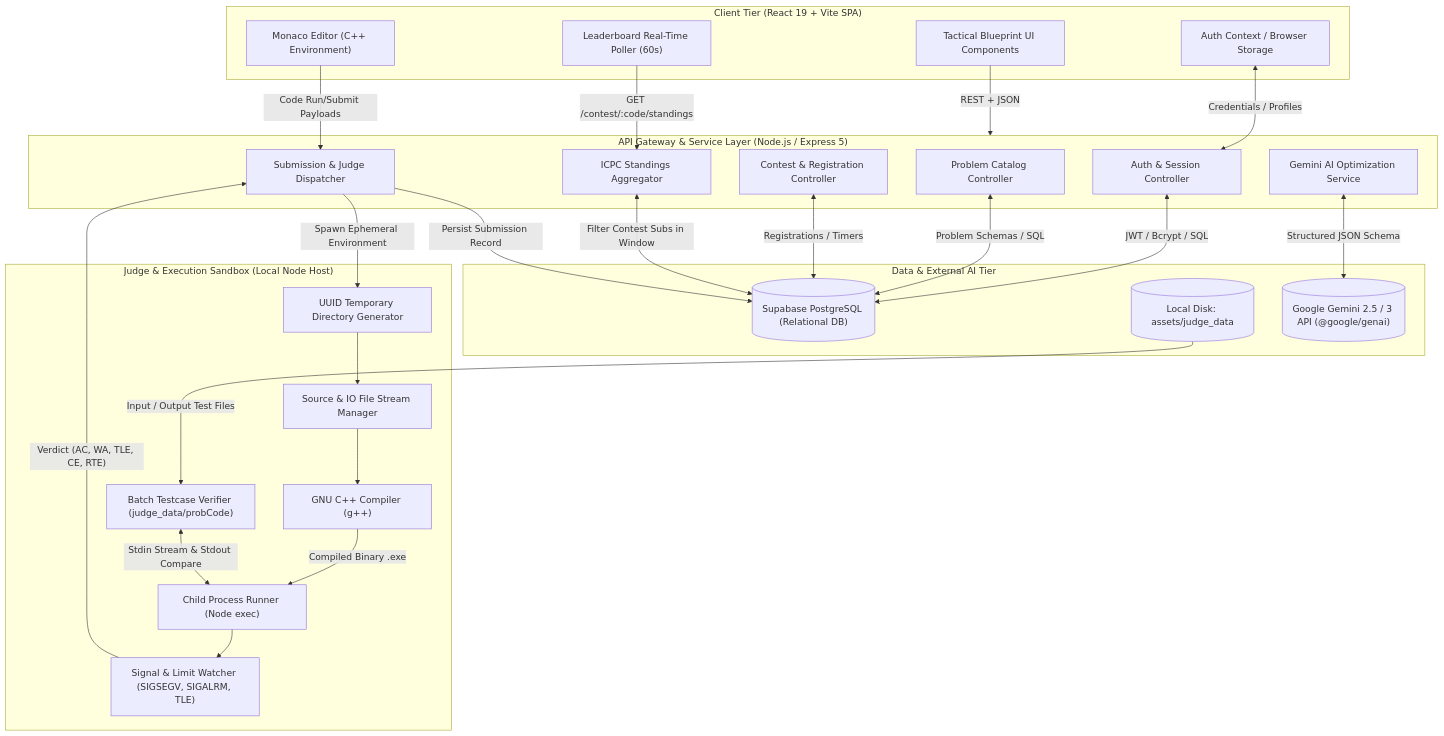
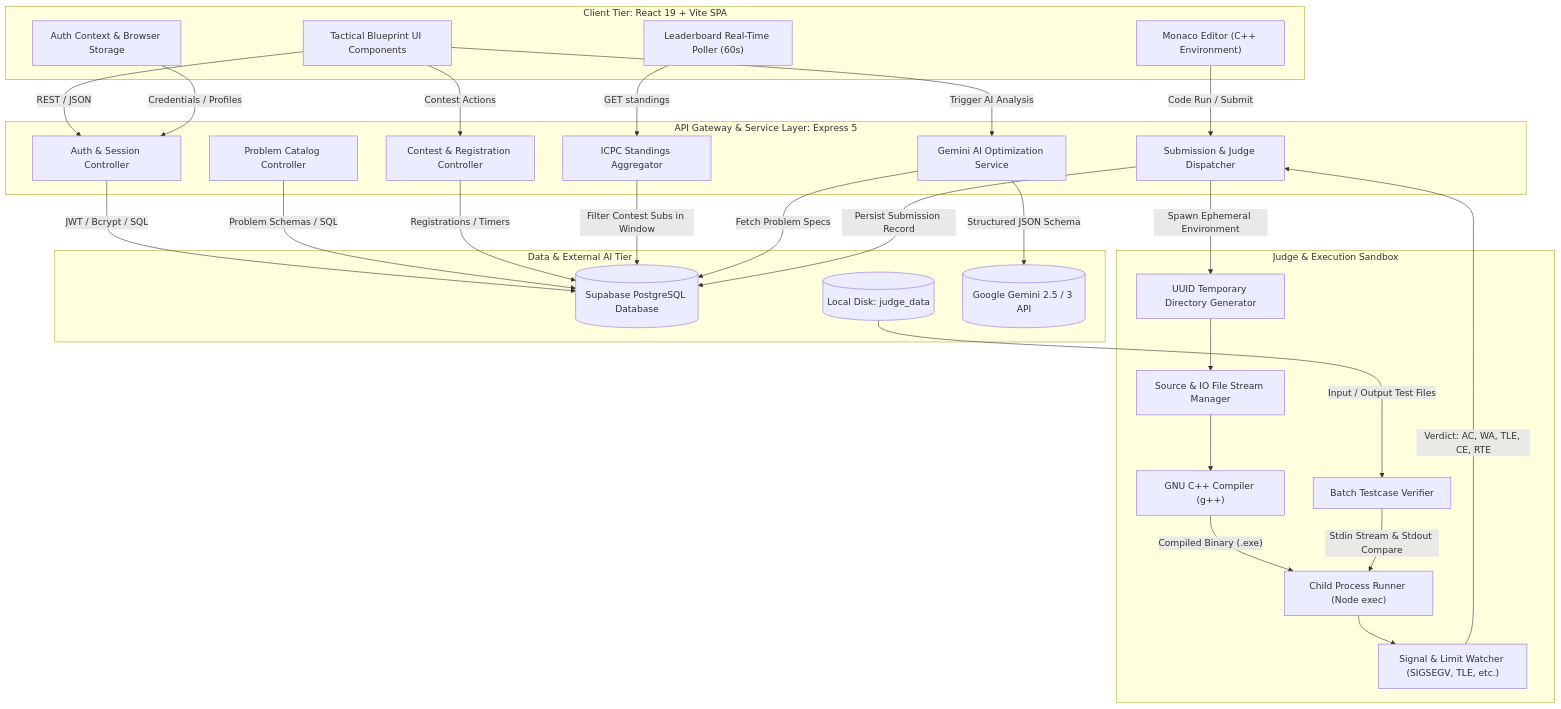
The first of 5 diagrams in docs/SYSTEM_ARCHITECTURE_DETAILED.md (Master-Bruce-Wayne/Code-It-Up), drawn with Mermaid before and after one commit. The commit also changed other lines of this file and 2 other files, not shown here.

Commit message:
fix(docs): resolve Mermaid diagram preview rendering errors across all documentation

````diff
--- a/docs/SYSTEM_ARCHITECTURE_DETAILED.md
+++ b/docs/SYSTEM_ARCHITECTURE_DETAILED.md
@@ -41,57 +41,60 @@
 ```mermaid
-graph TB
-    subgraph ClientTier["Client Tier (React 19 + Vite SPA)"]
+flowchart TD
+    subgraph ClientTier["Client Tier: React 19 + Vite SPA"]
         UI["Tactical Blueprint UI Components"]
         Monaco["Monaco Editor (C++ Environment)"]
-        ClientState["Auth Context / Browser Storage"]
+        ClientState["Auth Context & Browser Storage"]
         Poller["Leaderboard Real-Time Poller (60s)"]
     end
 
-    subgraph GatewayTier["API Gateway & Service Layer (Node.js / Express 5)"]
+    subgraph GatewayTier["API Gateway & Service Layer: Express 5"]
         AuthSvc["Auth & Session Controller"]
         ProbSvc["Problem Catalog Controller"]
         ContestSvc["Contest & Registration Controller"]
         SubSvc["Submission & Judge Dispatcher"]
         StandingsSvc["ICPC Standings Aggregator"]
         AiSvc["Gemini AI Optimization Service"]
     end
 
-    subgraph SandboxTier["Judge & Execution Sandbox (Local Node Host)"]
+    subgraph SandboxTier["Judge & Execution Sandbox"]
         UUIDGen["UUID Temporary Directory Generator"]
         FSManager["Source & IO File Stream Manager"]
         Compiler["GNU C++ Compiler (g++)"]
         ChildProcess["Child Process Runner (Node exec)"]
-        SignalMonitor["Signal & Limit Watcher (SIGSEGV, SIGALRM, TLE)"]
-        TestVerifier["Batch Testcase Verifier (judge_data/probCode)"]
+        SignalMonitor["Signal & Limit Watcher (SIGSEGV, TLE, etc.)"]
+        TestVerifier["Batch Testcase Verifier"]
     end
 
     subgraph DataTier["Data & External AI Tier"]
-        SupabaseDB[("Supabase PostgreSQL (Relational DB)")]
-        DiskStorage[("Local Disk: assets/judge_data")]
-        GeminiAPI[("Google Gemini 2.5 / 3 API (@google/genai)")]
+        SupabaseDB[("Supabase PostgreSQL Database")]
+        DiskStorage[("Local Disk: judge_data")]
+        GeminiAPI[("Google Gemini 2.5 / 3 API")]
     end
 
     %% Client to Gateway
-    UI -->|"REST + JSON"| GatewayTier
-    Monaco -->|"Code Run/Submit Payloads"| SubSvc
-    ClientState <-->|"Credentials / Profiles"| AuthSvc
-    Poller -->|"GET /contest/:code/standings"| StandingsSvc
+    UI -->|"REST / JSON"| AuthSvc
+    UI -->|"Contest Actions"| ContestSvc
+    Monaco -->|"Code Run / Submit"| SubSvc
+    ClientState -->|"Credentials / Profiles"| AuthSvc
+    Poller -->|"GET standings"| StandingsSvc
+    UI -->|"Trigger AI Analysis"| AiSvc
 
     %% Gateway to Data/AI
-    AuthSvc <-->|"JWT / Bcrypt / SQL"| SupabaseDB
-    ProbSvc <-->|"Problem Schemas / SQL"| SupabaseDB
-    ContestSvc <-->|"Registrations / Timers"| SupabaseDB
-    StandingsSvc <-->|"Filter Contest Subs in Window"| SupabaseDB
-    AiSvc <-->|"Structured JSON Schema"| GeminiAPI
+    AuthSvc -->|"JWT / Bcrypt / SQL"| SupabaseDB
+    ProbSvc -->|"Problem Schemas / SQL"| SupabaseDB
+    ContestSvc -->|"Registrations / Timers"| SupabaseDB
+    StandingsSvc -->|"Filter Contest Subs in Window"| SupabaseDB
+    AiSvc -->|"Fetch Problem Specs"| SupabaseDB
+    AiSvc -->|"Structured JSON Schema"| GeminiAPI
 
     %% Submissions to Judge
     SubSvc -->|"Spawn Ephemeral Environment"| UUIDGen
     UUIDGen --> FSManager
     FSManager --> Compiler
-    Compiler -->|"Compiled Binary .exe"| ChildProcess
+    Compiler -->|"Compiled Binary (.exe)"| ChildProcess
     ChildProcess --> SignalMonitor
     DiskStorage -->|"Input / Output Test Files"| TestVerifier
-    TestVerifier <-->|"Stdin Stream & Stdout Compare"| ChildProcess
-    SignalMonitor -->|"Verdict (AC, WA, TLE, CE, RTE)"| SubSvc
+    TestVerifier -->|"Stdin Stream & Stdout Compare"| ChildProcess
+    SignalMonitor -->|"Verdict: AC, WA, TLE, CE, RTE"| SubSvc
     SubSvc -->|"Persist Submission Record"| SupabaseDB
 ```
````
